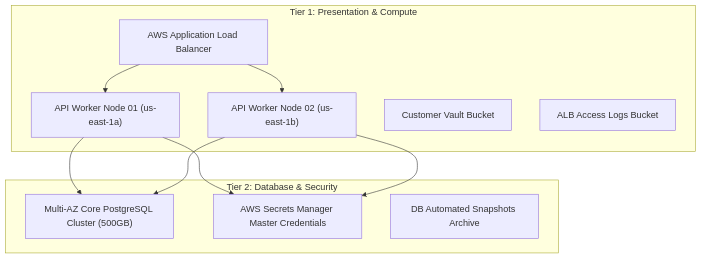
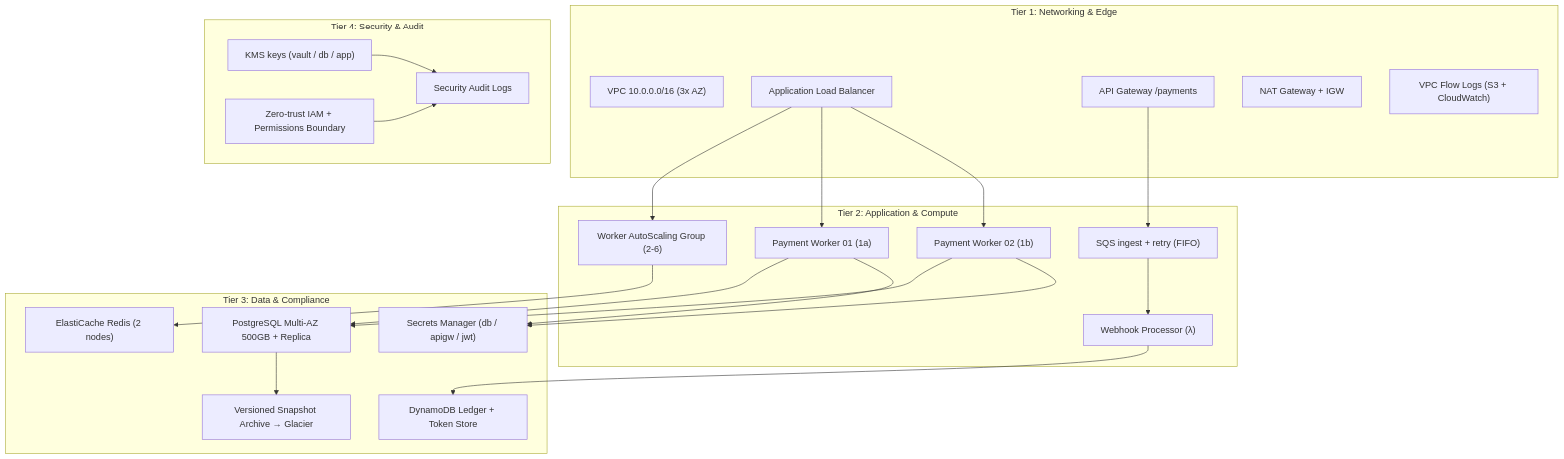
One commit to ghassanelgendy/acme-cloud-platform changed the diagram in README.md. Above: the diagram before and after it, drawn with Mermaid. The commit also changed other lines of this file and 17 other files, not shown here.

````diff
--- a/README.md
+++ b/README.md
@@ -11,23 +11,47 @@
 ```mermaid
 graph TD
-    subgraph "Tier 1: Presentation & Compute"
-        ALB["AWS Application Load Balancer"]
-        EC2_A["API Worker Node 01 (us-east-1a)"]
-        EC2_B["API Worker Node 02 (us-east-1b)"]
-        S3_VAULT["Customer Vault Bucket"]
-        S3_LOGS["ALB Access Logs Bucket"]
+    subgraph "Tier 1: Networking & Edge"
+        VPC["VPC 10.0.0.0/16 (3x AZ)"]
+        ALB["Application Load Balancer"]
+        APIGW["API Gateway /payments"]
+        NAT["NAT Gateway + IGW"]
+        FLOW["VPC Flow Logs (S3 + CloudWatch)"]
     end
 
-    subgraph "Tier 2: Database & Security"
-        RDS_PG["Multi-AZ Core PostgreSQL Cluster (500GB)"]
-        SECRETS["AWS Secrets Manager Master Credentials"]
-        S3_BACKUP["DB Automated Snapshots Archive"]
+    subgraph "Tier 2: Application & Compute"
+        ASG["Worker AutoScaling Group (2-6)"]
+        W1["Payment Worker 01 (1a)"]
+        W2["Payment Worker 02 (1b)"]
+        LAMBDA["Webhook Processor (λ)"]
+        SQS["SQS ingest + retry (FIFO)"]
     end
 
-    ALB --> EC2_A
-    ALB --> EC2_B
-    EC2_A --> RDS_PG
-    EC2_B --> RDS_PG
-    EC2_A --> SECRETS
-    EC2_B --> SECRETS
+    subgraph "Tier 3: Data & Compliance"
+        RDS["PostgreSQL Multi-AZ 500GB + Replica"]
+        REDIS["ElastiCache Redis (2 nodes)"]
+        DDB["DynamoDB Ledger + Token Store"]
+        SECRETS["Secrets Manager (db / apigw / jwt)"]
+        BACKUP["Versioned Snapshot Archive → Glacier"]
+    end
+
+    subgraph "Tier 4: Security & Audit"
+        KMS["KMS keys (vault / db / app)"]
+        IAM["Zero-trust IAM + Permissions Boundary"]
+        AUDIT["Security Audit Logs"]
+    end
+
+    ALB --> ASG
+    ALB --> W1
+    ALB --> W2
+    APIGW --> SQS
+    SQS --> LAMBDA
+    W1 --> RDS
+    W2 --> RDS
+    ASG --> REDIS
+    LAMBDA --> DDB
+    W1 --> SECRETS
+    W2 --> SECRETS
+    RDS --> BACKUP
+    KMS --> AUDIT
+    IAM --> AUDIT
 ```
````
